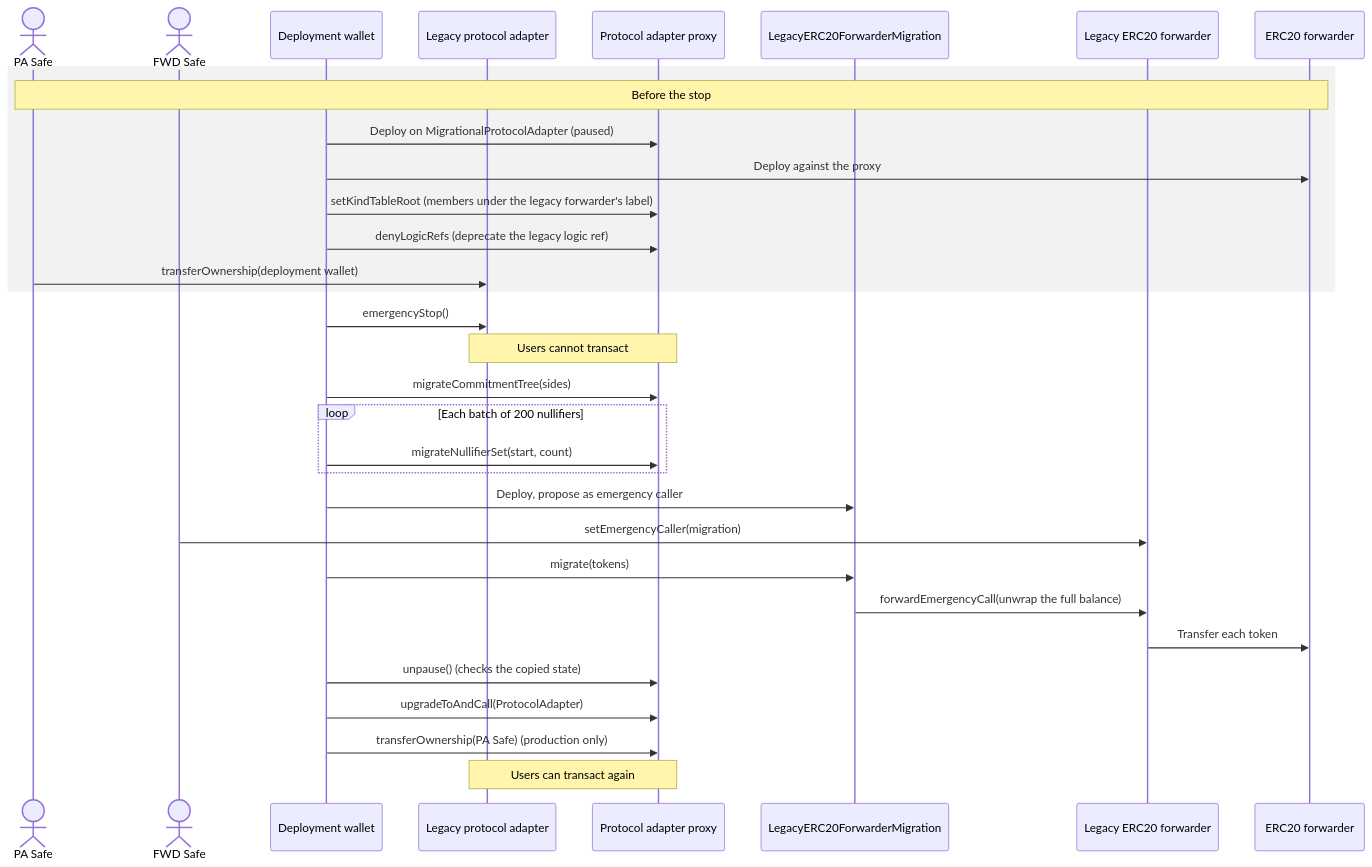
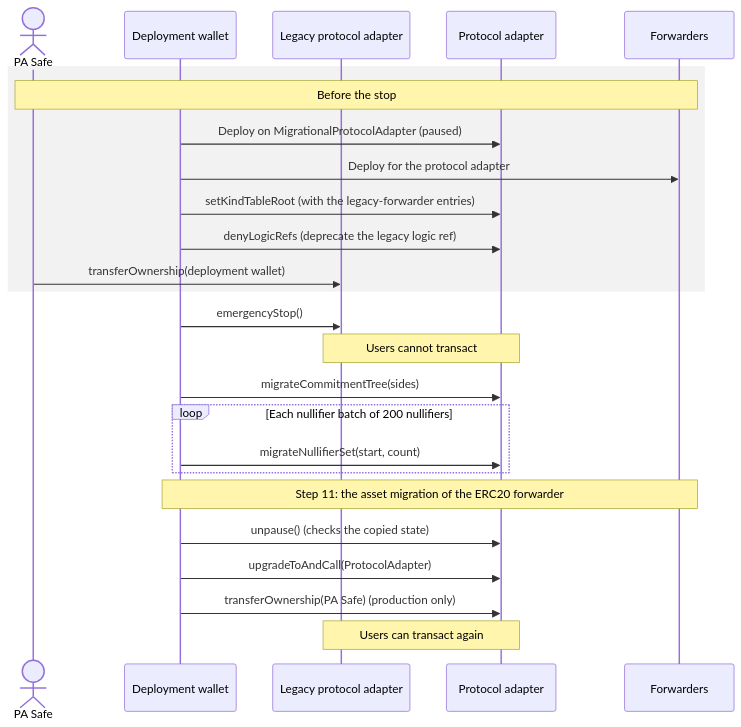
Before and after one commit to anoma/pa-evm: the second of 3 diagrams in docs/01-state-migration.md, drawn with Mermaid. The commit also changed other lines of this file and 5 other files, not shown here.

````diff
--- a/docs/01-state-migration.md
+++ b/docs/01-state-migration.md
@@ -95,36 +96,29 @@
 ```mermaid
 sequenceDiagram
     actor PASafe as PA Safe
-    actor FWDSafe as FWD Safe
     participant Wallet as Deployment wallet
     participant Legacy as Legacy protocol adapter
-    participant Proxy as Protocol adapter proxy
-    participant Migration as LegacyERC20ForwarderMigration
-    participant LegacyFwd as Legacy ERC20 forwarder
-    participant Fwd as ERC20 forwarder
+    participant Proxy as Protocol adapter
+    participant Fwd as Forwarders
 
     rect rgba(128,128,128,0.1)
     Note over PASafe,Fwd: Before the stop
     Wallet->>Proxy: Deploy on MigrationalProtocolAdapter (paused)
-    Wallet->>Fwd: Deploy against the proxy
-    Wallet->>Proxy: setKindTableRoot (members under the legacy forwarder's label)
+    Wallet->>Fwd: Deploy for the protocol adapter
+    Wallet->>Proxy: setKindTableRoot (with the legacy-forwarder entries)
     Wallet->>Proxy: denyLogicRefs (deprecate the legacy logic ref)
     PASafe->>Legacy: transferOwnership(deployment wallet)
     end
 
     Wallet->>Legacy: emergencyStop()
     Note over Legacy,Proxy: Users cannot transact
     Wallet->>Proxy: migrateCommitmentTree(sides)
-    loop Each batch of 200 nullifiers
+    loop Each nullifier batch of 200 nullifiers
         Wallet->>Proxy: migrateNullifierSet(start, count)
     end
-    Wallet->>Migration: Deploy, propose as emergency caller
-    FWDSafe->>LegacyFwd: setEmergencyCaller(migration)
-    Wallet->>Migration: migrate(tokens)
-    Migration->>LegacyFwd: forwardEmergencyCall(unwrap the full balance)
-    LegacyFwd->>Fwd: Transfer each token
+    Note over Wallet,Fwd: Step 11: the asset migration of the ERC20 forwarder
     Wallet->>Proxy: unpause() (checks the copied state)
     Wallet->>Proxy: upgradeToAndCall(ProtocolAdapter)
     Wallet->>Proxy: transferOwnership(PA Safe) (production only)
     Note over Legacy,Proxy: Users can transact again
 ```
````
